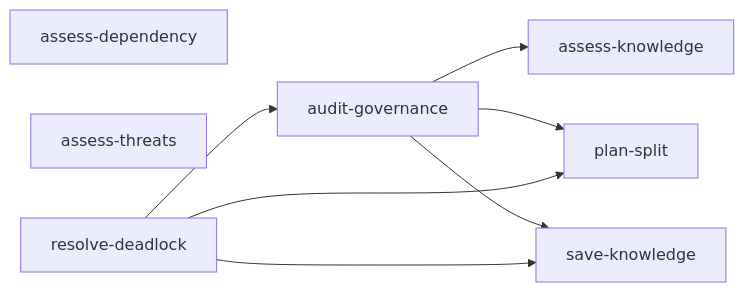
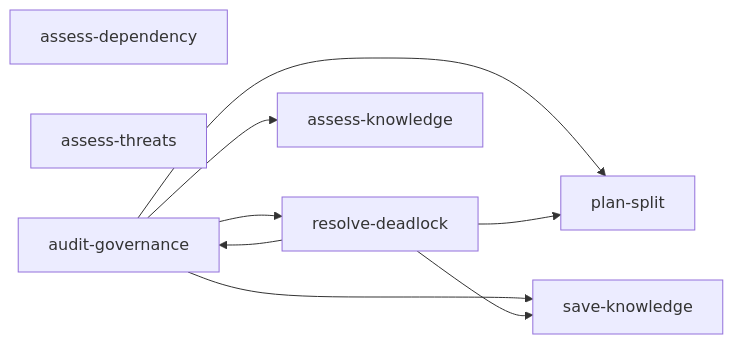
Before and after one commit to tacticaldoll/fornax: the third of 4 diagrams in README.md, drawn with Mermaid. The commit also changed other lines of this file, not shown here.

````diff
--- a/README.md
+++ b/README.md
@@ -128,13 +133,14 @@
 ```mermaid
 flowchart LR
     assess-dependency
     assess-threats
     audit-governance
     resolve-deadlock
     audit-governance --> assess-knowledge
     audit-governance --> plan-split
+    audit-governance --> resolve-deadlock
     audit-governance --> save-knowledge
     resolve-deadlock --> audit-governance
     resolve-deadlock --> plan-split
     resolve-deadlock --> save-knowledge
 ```
````
